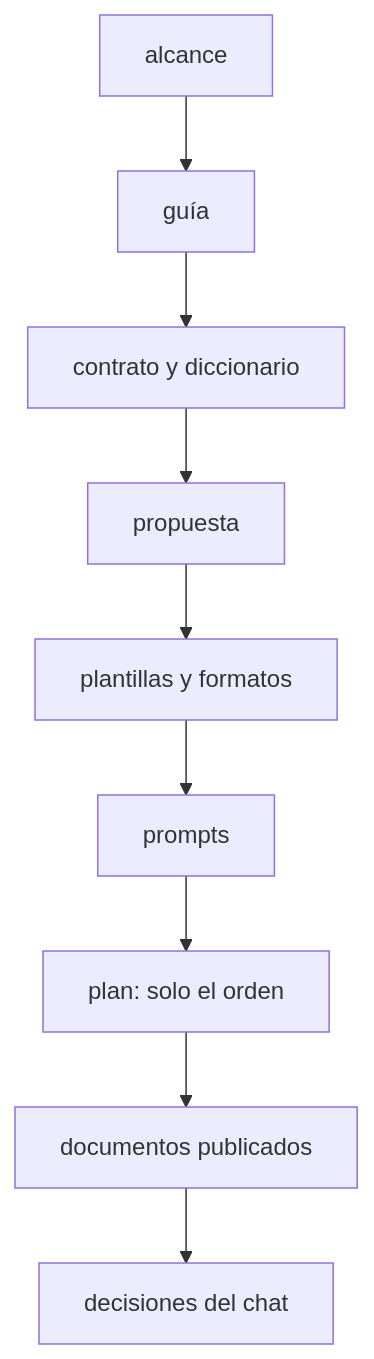
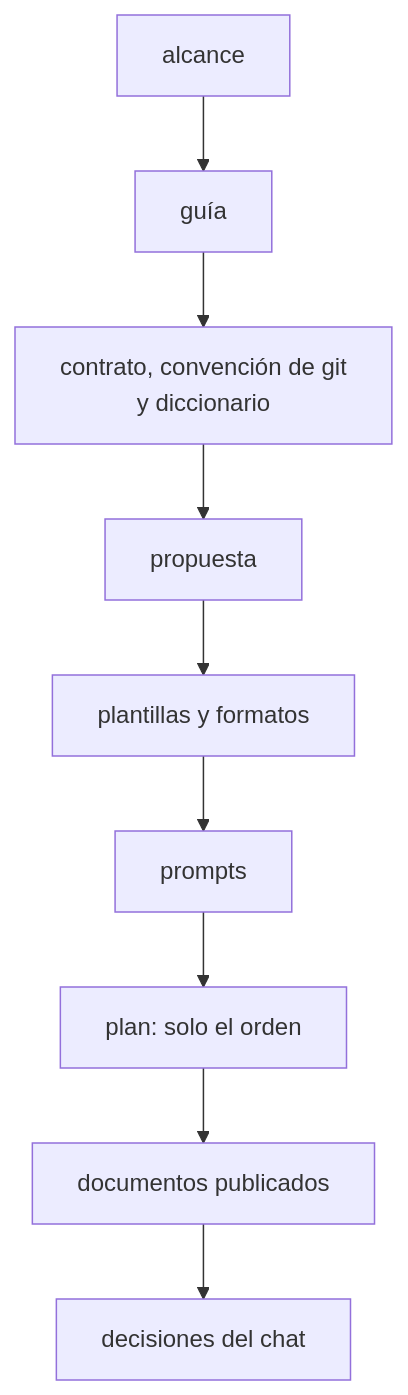
One commit to oskar-raul-dev/courses-ai-generated changed the diagram in zz-instrucciones/plantillas/readme-de-prompts.md. Above: the diagram before and after it, drawn with Mermaid. The commit also changed other lines of this file and 551 other files, not shown here.

````diff
--- a/zz-instrucciones/plantillas/readme-de-prompts.md
+++ b/zz-instrucciones/plantillas/readme-de-prompts.md
@@ -33,6 +35,6 @@
 ```mermaid
 flowchart TD
-    AL["alcance"] --> GU["guía"] --> NO["contrato y diccionario"] --> PR["propuesta"]
+    AL["alcance"] --> GU["guía"] --> NO["contrato, convención de git<br/>y diccionario"] --> PR["propuesta"]
     PR --> PL["plantillas y formatos"] --> PF["prompts"] --> PP["plan: solo el orden"]
     PP --> PU["documentos publicados"] --> CH["decisiones del chat"]
 ```
````
